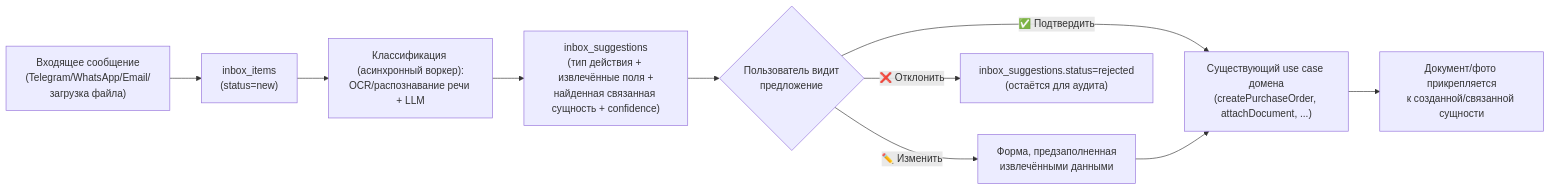
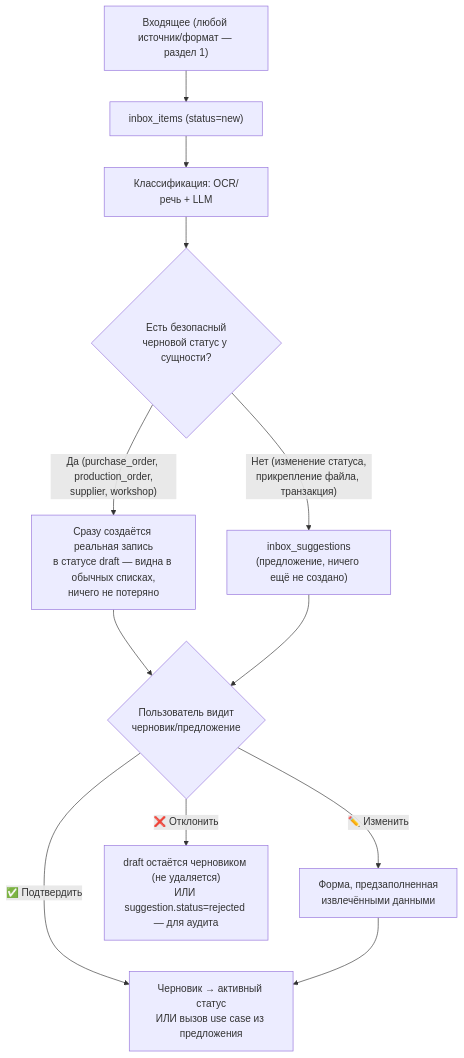
Before and after one commit to matveevmln/GarmentOS: the diagram in docs/INBOX_ARCHITECTURE.md, drawn with Mermaid. The commit also changed other lines of this file and 11 other files, not shown here.

````diff
--- a/docs/INBOX_ARCHITECTURE.md
+++ b/docs/INBOX_ARCHITECTURE.md
@@ -13,11 +40,13 @@
 ```mermaid
-flowchart LR
-    A["Входящее сообщение<br/>(Telegram/WhatsApp/Email/загрузка файла)"] --> B["inbox_items<br/>(status=new)"]
-    B --> C["Классификация (асинхронный воркер):<br/>OCR/распознавание речи + LLM"]
-    C --> D["inbox_suggestions<br/>(тип действия + извлечённые поля +<br/>найденная связанная сущность + confidence)"]
-    D --> E{"Пользователь видит<br/>предложение"}
-    E -->|"✅ Подтвердить"| F["Существующий use case домена<br/>(createPurchaseOrder, attachDocument, ...)"]
-    E -->|"✏️ Изменить"| G["Форма, предзаполненная<br/>извлечёнными данными"] --> F
-    E -->|"❌ Отклонить"| H["inbox_suggestions.status=rejected<br/>(остаётся для аудита)"]
-    F --> I["Документ/фото прикрепляется<br/>к созданной/связанной сущности"]
+flowchart TD
+    A["Входящее (любой источник/формат — раздел 1)"] --> B["inbox_items (status=new)"]
+    B --> C["Классификация: OCR/речь + LLM"]
+    C --> D{"Есть безопасный<br/>черновой статус у сущности?"}
+    D -->|"Да (purchase_order, production_order,<br/>supplier, workshop)"| E["Сразу создаётся реальная запись<br/>в статусе draft — видна в обычных списках,<br/>ничего не потеряно"]
+    D -->|"Нет (изменение статуса,<br/>прикрепление файла, транзакция)"| F["inbox_suggestions<br/>(предложение, ничего ещё не создано)"]
+    E --> G{"Пользователь видит<br/>черновик/предложение"}
+    F --> G
+    G -->|"✅ Подтвердить"| H["Черновик → активный статус<br/>ИЛИ вызов use case из предложения"]
+    G -->|"✏️ Изменить"| I["Форма, предзаполненная<br/>извлечёнными данными"] --> H
+    G -->|"❌ Отклонить"| J["draft остаётся черновиком (не удаляется)<br/>ИЛИ suggestion.status=rejected — для аудита"]
 ```
````
